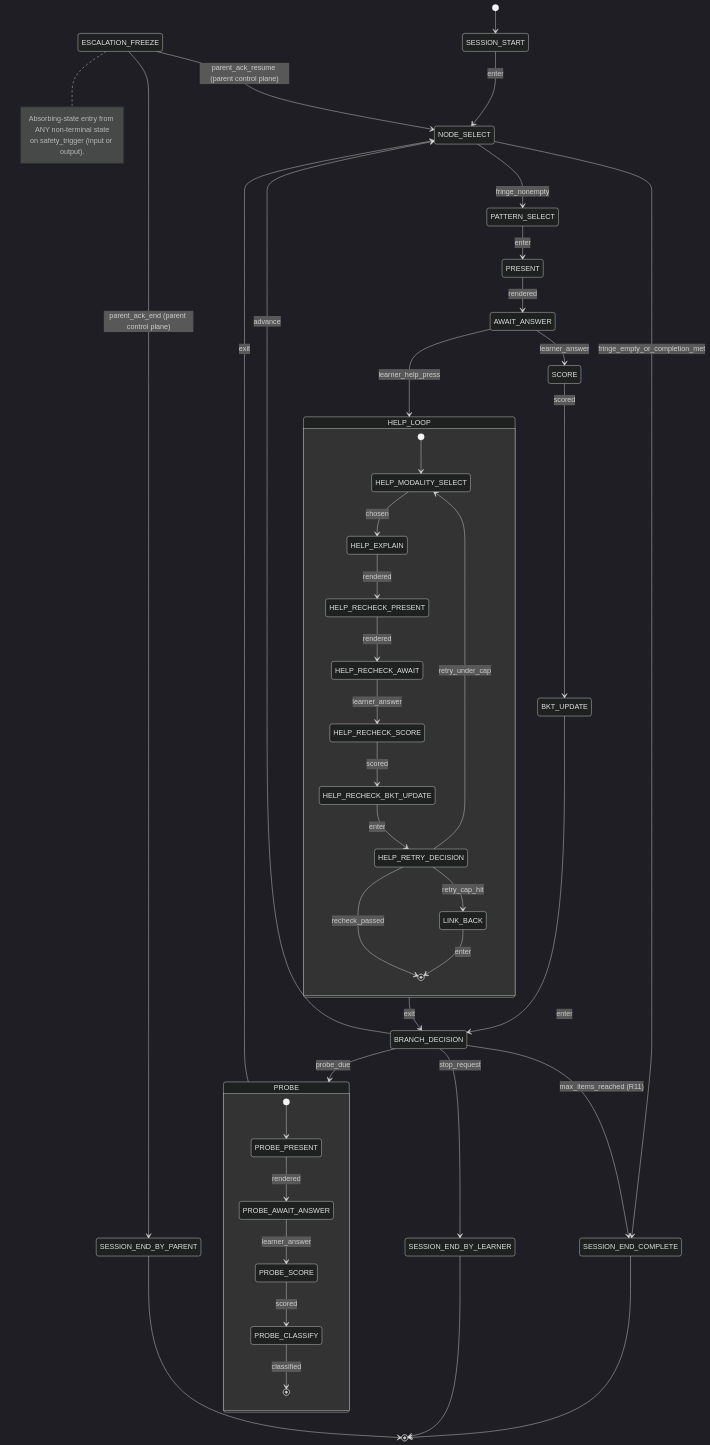
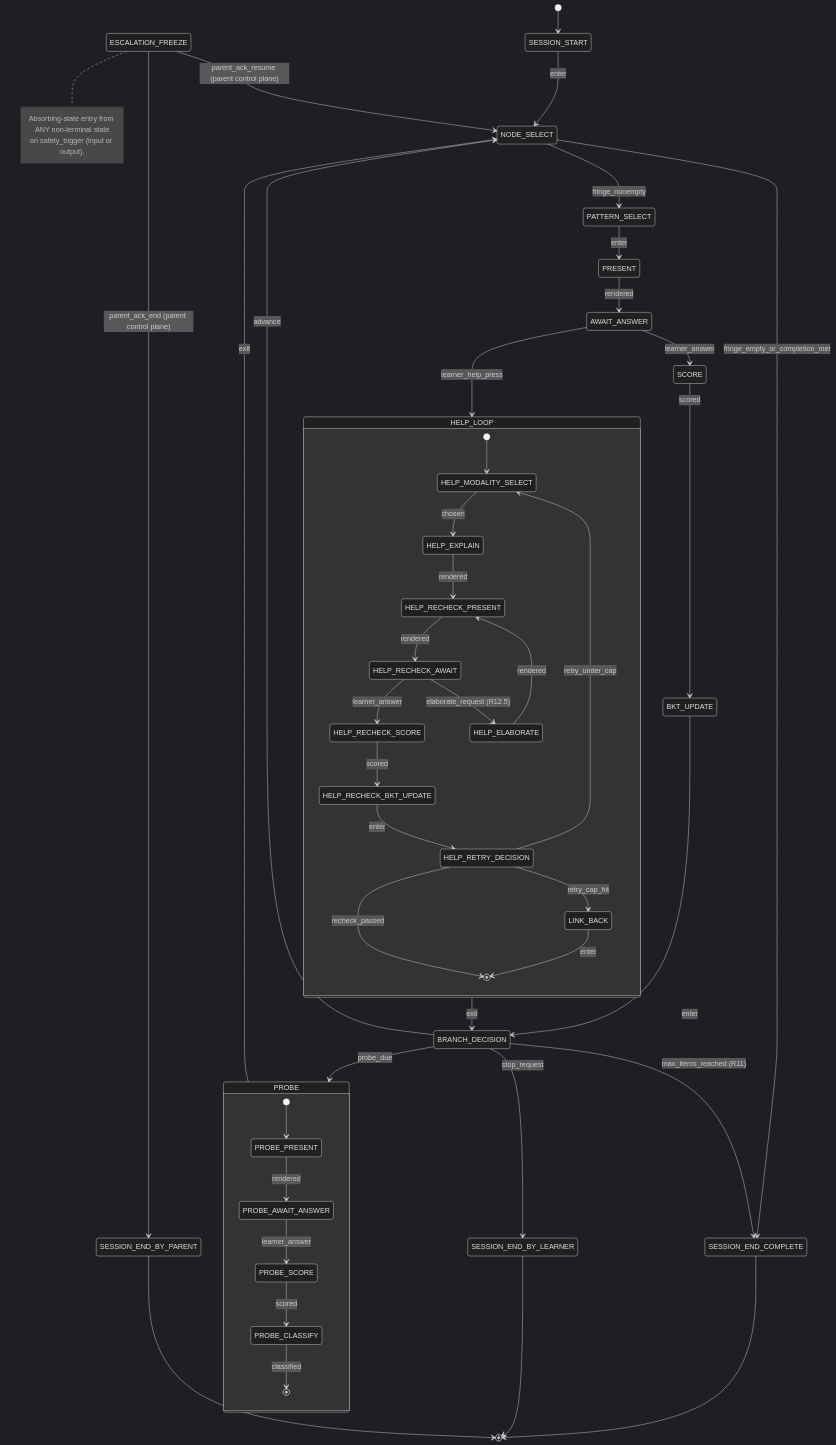
The diagram in docs/SESSION_FSM.md (avps82/mentar), drawn with Mermaid (dark theme) before and after one commit. The commit also changed other lines of this file and 19 other files, not shown here.

````diff
--- a/docs/SESSION_FSM.md
+++ b/docs/SESSION_FSM.md
@@ -21,53 +21,55 @@
 ```mermaid
 stateDiagram-v2
     [*] --> SESSION_START
     SESSION_START --> NODE_SELECT: enter
     NODE_SELECT --> PATTERN_SELECT: fringe_nonempty
     NODE_SELECT --> SESSION_END_COMPLETE: fringe_empty_or_completion_met
     PATTERN_SELECT --> PRESENT: enter
     PRESENT --> AWAIT_ANSWER: rendered
     AWAIT_ANSWER --> SCORE: learner_answer
     AWAIT_ANSWER --> HELP_LOOP: learner_help_press
     SCORE --> BKT_UPDATE: scored
     BKT_UPDATE --> BRANCH_DECISION: enter
     BRANCH_DECISION --> NODE_SELECT: advance
     BRANCH_DECISION --> PROBE: probe_due
     BRANCH_DECISION --> SESSION_END_COMPLETE: max_items_reached (R11)
     BRANCH_DECISION --> SESSION_END_BY_LEARNER: stop_request
 
     state HELP_LOOP {
         [*] --> HELP_MODALITY_SELECT
         HELP_MODALITY_SELECT --> HELP_EXPLAIN: chosen
         HELP_EXPLAIN --> HELP_RECHECK_PRESENT: rendered
         HELP_RECHECK_PRESENT --> HELP_RECHECK_AWAIT: rendered
         HELP_RECHECK_AWAIT --> HELP_RECHECK_SCORE: learner_answer
+        HELP_RECHECK_AWAIT --> HELP_ELABORATE: elaborate_request (R12.5)
+        HELP_ELABORATE --> HELP_RECHECK_PRESENT: rendered
         HELP_RECHECK_SCORE --> HELP_RECHECK_BKT_UPDATE: scored
         HELP_RECHECK_BKT_UPDATE --> HELP_RETRY_DECISION: enter
         HELP_RETRY_DECISION --> HELP_MODALITY_SELECT: retry_under_cap
         HELP_RETRY_DECISION --> LINK_BACK: retry_cap_hit
         HELP_RETRY_DECISION --> [*]: recheck_passed
         LINK_BACK --> [*]: enter
     }
     HELP_LOOP --> BRANCH_DECISION: exit
 
     state PROBE {
         [*] --> PROBE_PRESENT
         PROBE_PRESENT --> PROBE_AWAIT_ANSWER: rendered
         PROBE_AWAIT_ANSWER --> PROBE_SCORE: learner_answer
         PROBE_SCORE --> PROBE_CLASSIFY: scored
         PROBE_CLASSIFY --> [*]: classified
     }
     PROBE --> NODE_SELECT: exit
 
     ESCALATION_FREEZE --> SESSION_END_BY_PARENT: parent_ack_end (parent control plane)
     ESCALATION_FREEZE --> NODE_SELECT: parent_ack_resume (parent control plane)
 
     SESSION_END_COMPLETE --> [*]
     SESSION_END_BY_LEARNER --> [*]
     SESSION_END_BY_PARENT --> [*]
 
     note right of ESCALATION_FREEZE
       Absorbing-state entry from ANY non-terminal state
       on safety_trigger (input or output).
     end note
 ```
````
